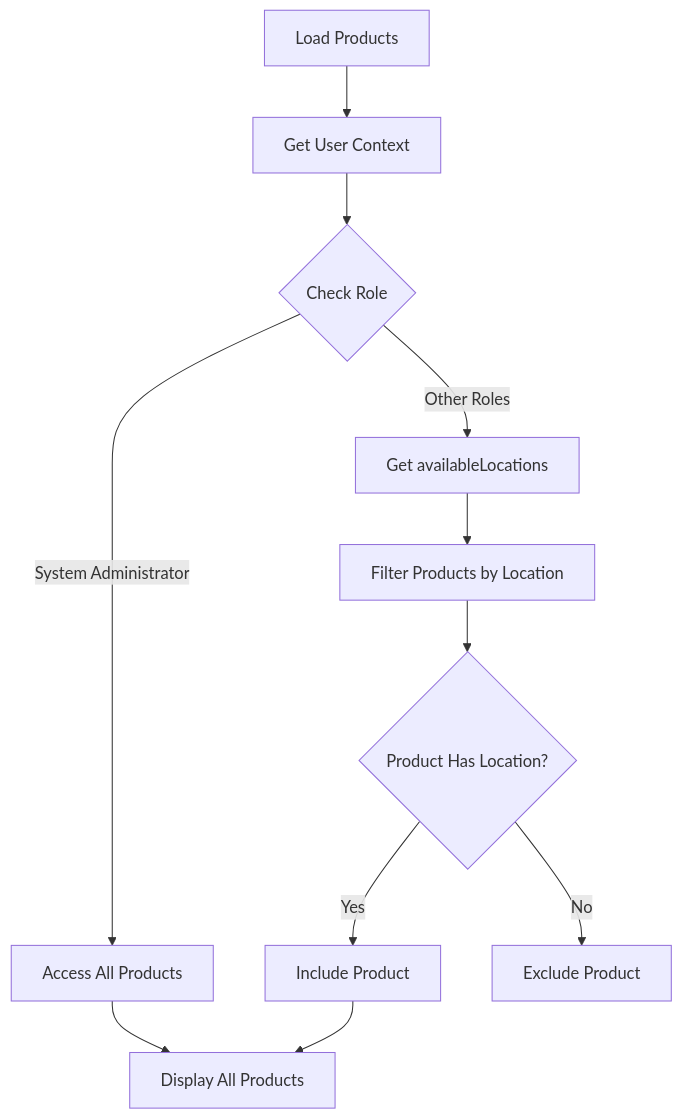
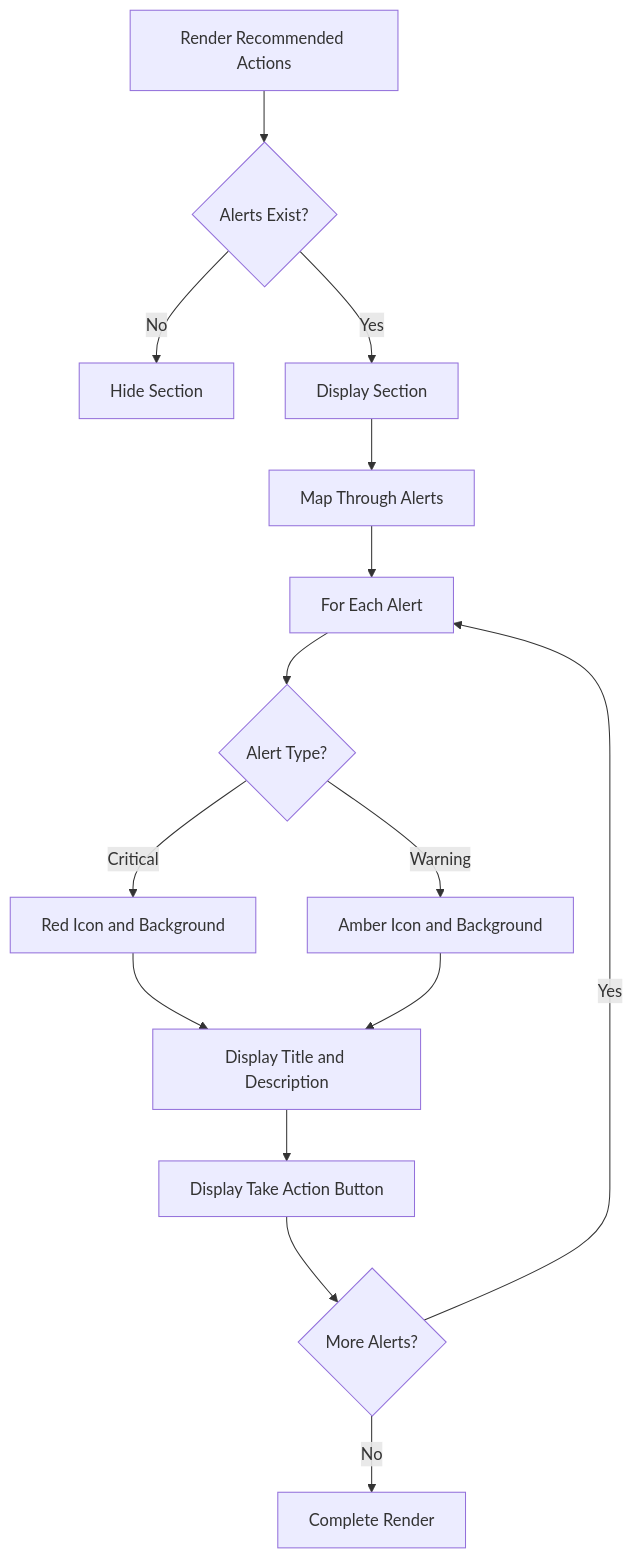
Diagram 12 of 16 in docs/app/inventory-management/stock-overview/stock-cards/FD-stock-cards.md (PeakMNA/carmen), drawn with Mermaid before and after one commit. The commit also changed other lines of this file and 473 other files, not shown here.

````diff
--- a/docs/app/inventory-management/stock-overview/stock-cards/FD-stock-cards.md
+++ b/docs/app/inventory-management/stock-overview/stock-cards/FD-stock-cards.md
@@ -184,13 +286,17 @@
 ```mermaid
 flowchart TD
-    A[Load Products] --> B[Get User Context]
-    B --> C{Check Role}
-    C -->|System Administrator| D[Access All Products]
-    C -->|Other Roles| E[Get availableLocations]
-    E --> F[Filter Products by Location]
-    F --> G{Product Has Location?}
-    G -->|Yes| H[Include Product]
-    G -->|No| I[Exclude Product]
-    D --> J[Display All Products]
-    H --> J
+    A[Render Recommended Actions] --> B{Alerts Exist?}
+    B -->|No| C[Hide Section]
+    B -->|Yes| D[Display Section]
+    D --> E[Map Through Alerts]
+    E --> F[For Each Alert]
+    F --> G{Alert Type?}
+    G -->|Critical| H[Red Icon and Background]
+    G -->|Warning| I[Amber Icon and Background]
+    H --> J[Display Title and Description]
+    I --> J
+    J --> K[Display Take Action Button]
+    K --> L{More Alerts?}
+    L -->|Yes| F
+    L -->|No| M[Complete Render]
 ```
````
